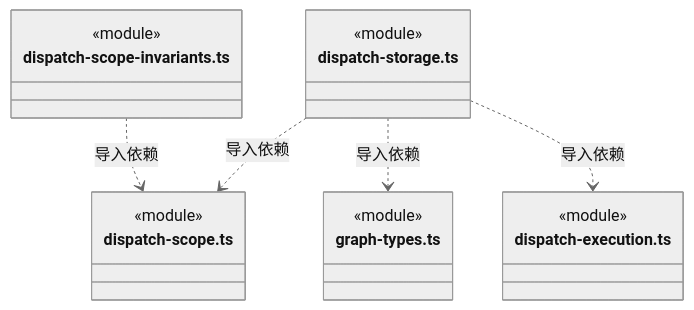
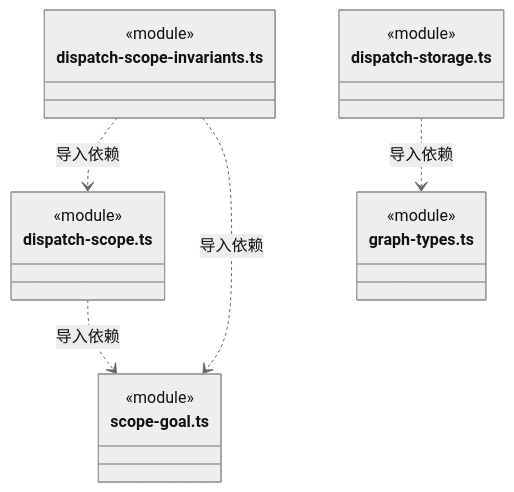
One commit to nan023062/cbim changed diagram 32 of 38 in src/backend/core/tasks/ARCHITECTURE.md. Above: the diagram before and after it, drawn with Mermaid (neutral theme). The commit also changed other lines of this file and 36 other files, not shown here.

````diff
--- a/src/backend/core/tasks/ARCHITECTURE.md
+++ b/src/backend/core/tasks/ARCHITECTURE.md
@@ -780,22 +833,22 @@
 ```mermaid
 classDiagram
 class N_src_backend_core_tasks_dispatch_scope_invariants_ts["dispatch-scope-invariants.ts"] {
   <<module>>
 }
 class N_src_backend_core_tasks_dispatch_scope_ts["dispatch-scope.ts"] {
   <<module>>
 }
+class N_src_backend_core_tasks_scope_goal_ts["scope-goal.ts"] {
+  <<module>>
+}
 class N_src_backend_core_tasks_dispatch_storage_ts["dispatch-storage.ts"] {
   <<module>>
 }
 class N_src_backend_core_tasks_graph_types_ts["graph-types.ts"] {
   <<module>>
 }
-class N_src_backend_core_tasks_dispatch_execution_ts["dispatch-execution.ts"] {
-  <<module>>
-}
 N_src_backend_core_tasks_dispatch_scope_invariants_ts ..> N_src_backend_core_tasks_dispatch_scope_ts : 导入依赖
+N_src_backend_core_tasks_dispatch_scope_invariants_ts ..> N_src_backend_core_tasks_scope_goal_ts : 导入依赖
+N_src_backend_core_tasks_dispatch_scope_ts ..> N_src_backend_core_tasks_scope_goal_ts : 导入依赖
 N_src_backend_core_tasks_dispatch_storage_ts ..> N_src_backend_core_tasks_graph_types_ts : 导入依赖
-N_src_backend_core_tasks_dispatch_storage_ts ..> N_src_backend_core_tasks_dispatch_execution_ts : 导入依赖
-N_src_backend_core_tasks_dispatch_storage_ts ..> N_src_backend_core_tasks_dispatch_scope_ts : 导入依赖
 ```
````
